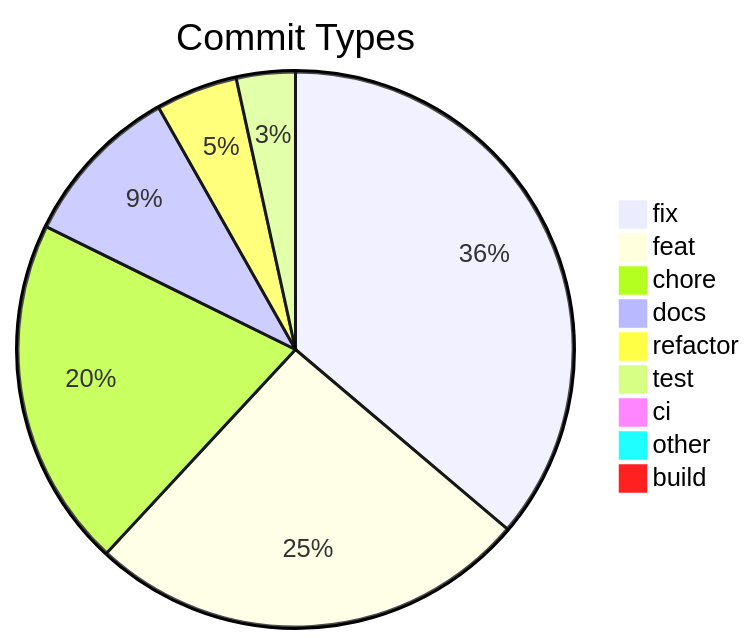
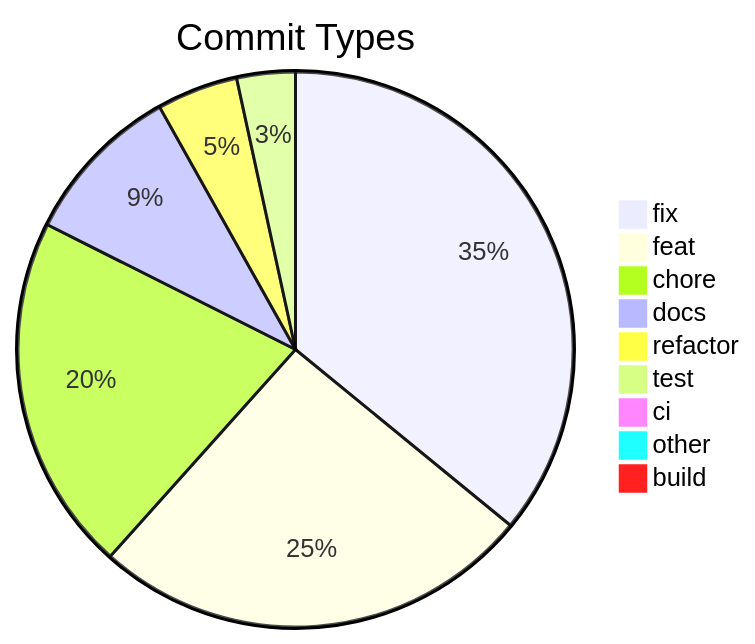
Before and after one commit to svenroth-ai/shipwright-webui: the diagram in .shipwright/compliance/change-history.md, drawn with Mermaid. The commit also changed other lines of this file and 26 other files, not shown here.

````diff
--- a/.shipwright/compliance/change-history.md
+++ b/.shipwright/compliance/change-history.md
@@ -8,12 +8,12 @@
 ```mermaid
 pie title Commit Types
     "fix" : 190
-    "feat" : 135
-    "chore" : 107
+    "feat" : 136
+    "chore" : 110
     "docs" : 50
     "refactor" : 25
     "test" : 18
     "ci" : 4
     "other" : 4
     "build" : 1
 ```
````
